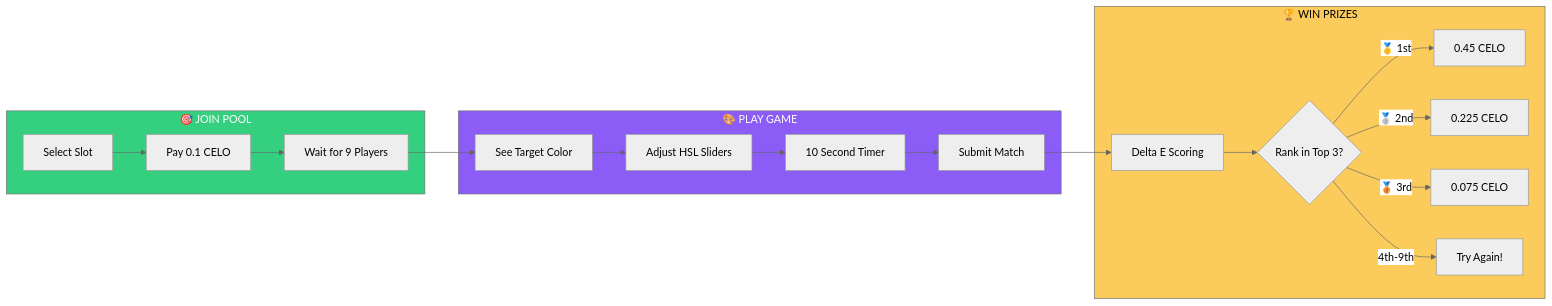
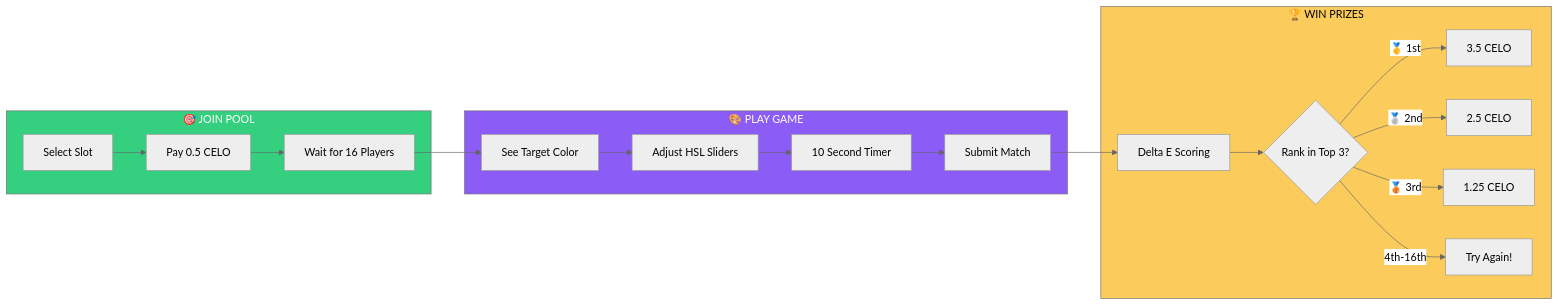
One commit to Art3-Hub/ColorDrop changed the first of 9 diagrams in README.md. Above: the diagram before and after it, drawn with Mermaid (neutral theme). The commit also changed other lines of this file and 18 other files, not shown here.

````diff
--- a/README.md
+++ b/README.md
@@ -48,27 +48,27 @@
 ```mermaid
 flowchart LR
     subgraph JOIN["🎯 JOIN POOL"]
-        A[Select Slot] --> B[Pay 0.1 CELO]
-        B --> C[Wait for 9 Players]
+        A[Select Slot] --> B[Pay 0.5 CELO]
+        B --> C[Wait for 16 Players]
     end
 
     subgraph PLAY["🎨 PLAY GAME"]
         C --> D[See Target Color]
         D --> E[Adjust HSL Sliders]
         E --> F[10 Second Timer]
         F --> G[Submit Match]
     end
 
     subgraph WIN["🏆 WIN PRIZES"]
         G --> H[Delta E Scoring]
         H --> I{Rank in Top 3?}
-        I -->|🥇 1st| J[0.45 CELO]
-        I -->|🥈 2nd| K[0.225 CELO]
-        I -->|🥉 3rd| L[0.075 CELO]
-        I -->|4th-9th| M[Try Again!]
+        I -->|🥇 1st| J[3.5 CELO]
+        I -->|🥈 2nd| K[2.5 CELO]
+        I -->|🥉 3rd| L[1.25 CELO]
+        I -->|4th-16th| M[Try Again!]
     end
 
     style JOIN fill:#35D07F,color:#fff
     style PLAY fill:#8B5CF6,color:#fff
     style WIN fill:#FBCC5C,color:#000
 ```
````
